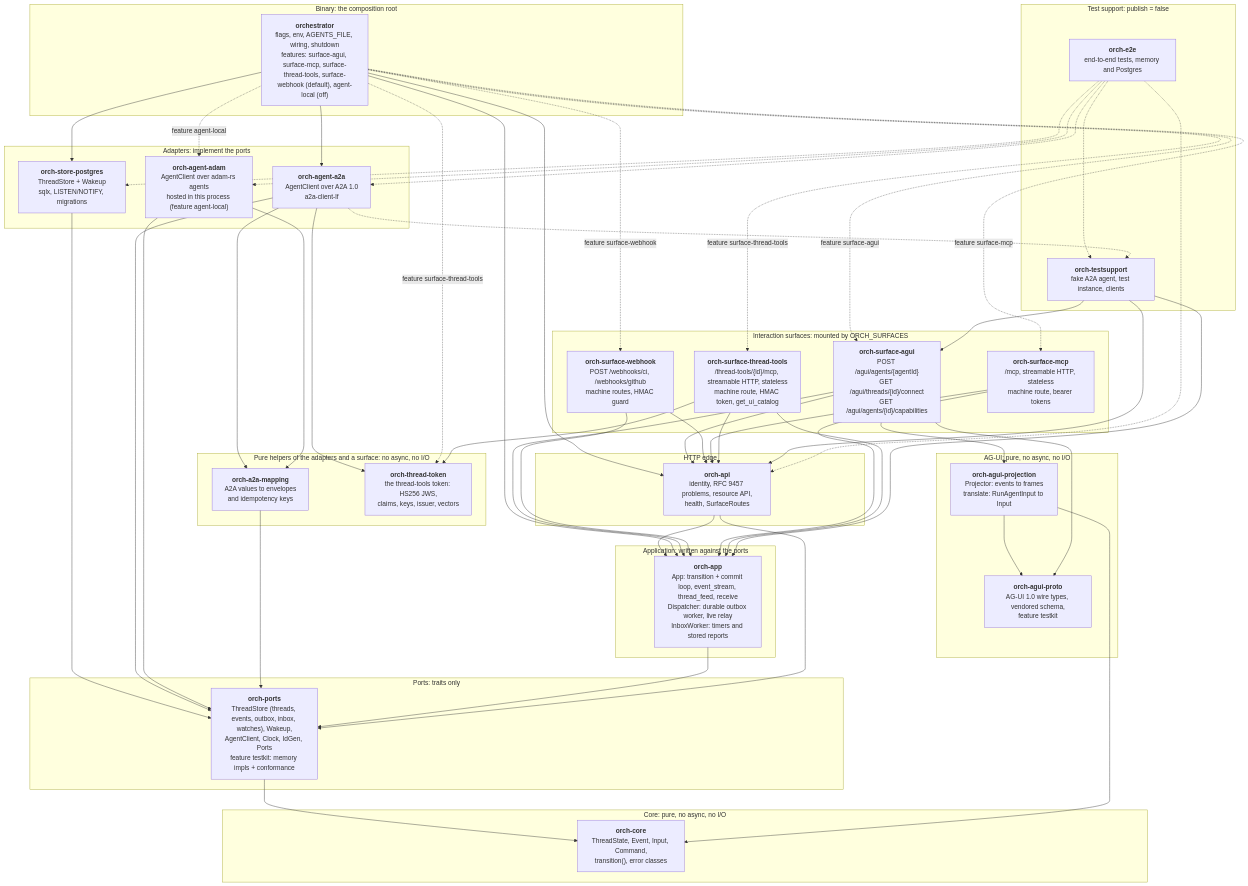
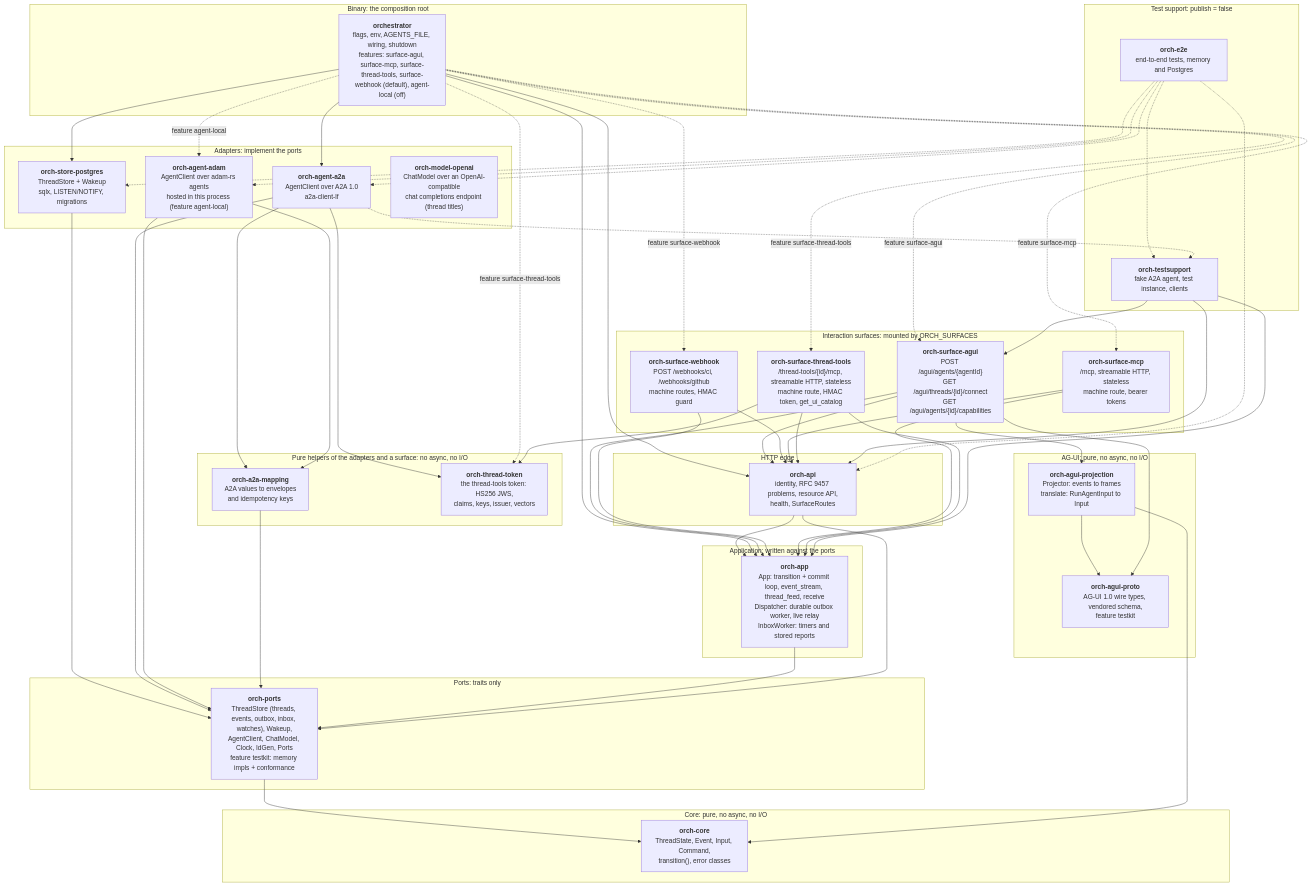
The first of 28 diagrams in docs/orchestrator.md (vymalo/another-agentic-system), drawn with Mermaid before and after one commit. The commit also changed other lines of this file and 119 other files, not shown here.

First line of the commit message:
feat: threads get a title, from a person or from the model (thread_titled) (#83)

```diff
--- a/docs/orchestrator.md
+++ b/docs/orchestrator.md
@@ -80,12 +80,13 @@
     core["<b>orch-core</b><br/>ThreadState, Event, Input, Command,<br/>transition(), error classes"]
   end
   subgraph G_PORTS["Ports: traits only"]
-    ports["<b>orch-ports</b><br/>ThreadStore (threads, events, outbox, inbox, watches), Wakeup,<br/>AgentClient, Clock, IdGen, Ports<br/>feature testkit: memory impls + conformance"]
+    ports["<b>orch-ports</b><br/>ThreadStore (threads, events, outbox, inbox, watches), Wakeup,<br/>AgentClient, ChatModel, Clock, IdGen, Ports<br/>feature testkit: memory impls + conformance"]
   end
   subgraph G_ADAPT["Adapters: implement the ports"]
     pg["<b>orch-store-postgres</b><br/>ThreadStore + Wakeup<br/>sqlx, LISTEN/NOTIFY, migrations"]
     a2a["<b>orch-agent-a2a</b><br/>AgentClient over A2A 1.0<br/>a2a-client-lf"]
     adam["<b>orch-agent-adam</b><br/>AgentClient over adam-rs agents<br/>hosted in this process (feature agent-local)"]
+    openai["<b>orch-model-openai</b><br/>ChatModel over an OpenAI-compatible<br/>chat completions endpoint (thread titles)"]
   end
   subgraph G_MAP["Pure helpers of the adapters and a surface: no async, no I/O"]
     a2amap["<b>orch-a2a-mapping</b><br/>A2A values to envelopes<br/>and idempotency keys"]
```
